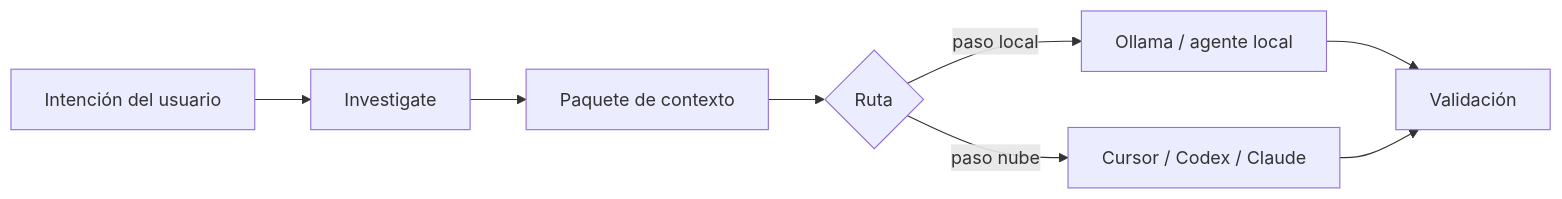
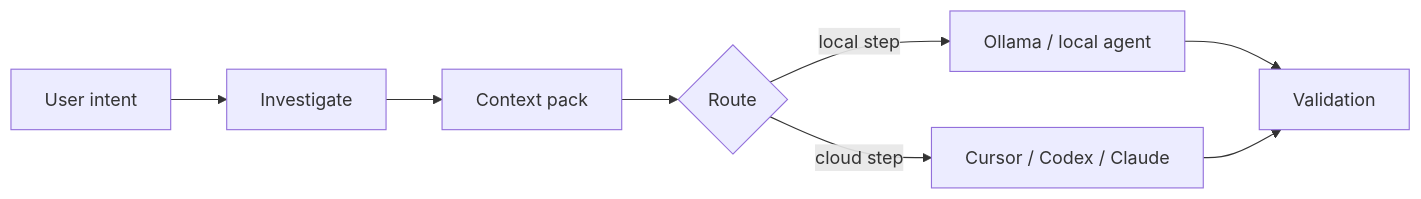
The diagram in docs-site/content/docs/es/concepts/local-first.mdx (LaProgrammerie/asagiri), drawn with Mermaid before and after one commit. The commit also changed other lines of this file and 148 other files, not shown here.

````diff
--- a/docs-site/content/docs/es/concepts/local-first.mdx
+++ b/docs-site/content/docs/es/concepts/local-first.mdx
@@ -20,10 +22,10 @@
 ```mermaid
 flowchart LR
-  A[Intención del usuario] --> B[Investigate]
-  B --> C[Paquete de contexto]
-  C --> D{Ruta}
-  D -->|paso local| E[Ollama / agente local]
-  D -->|paso nube| F[Cursor / Codex / Claude]
-  E --> G[Validación]
+  A[User intent] --> B[Investigate]
+  B --> C[Context pack]
+  C --> D{Route}
+  D -->|local step| E[Ollama / local agent]
+  D -->|cloud step| F[Cursor / Codex / Claude]
+  E --> G[Validation]
   F --> G
 ```
````
